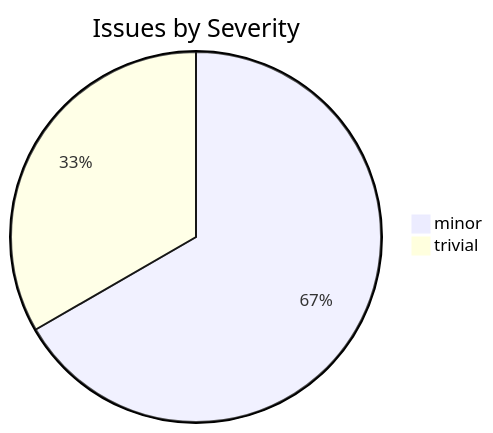
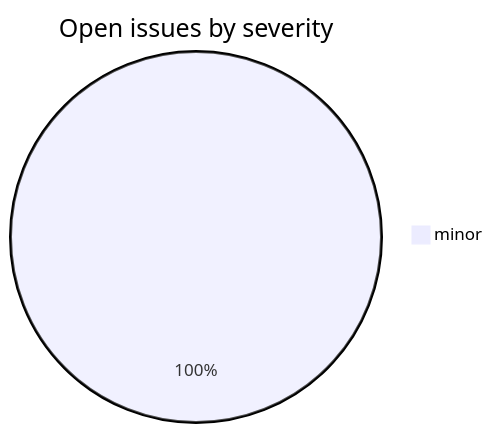
Before and after one commit to sanskrit-lexicon/csl-lnum: the second of 2 diagrams in README.md, drawn with Mermaid. The commit also changed other lines of this file, not shown here.

````diff
--- a/README.md
+++ b/README.md
@@ -26,5 +35,4 @@
 ```mermaid
-pie title Issues by Severity
-    "minor" : 2
-    "trivial" : 1
+pie title Open issues by severity
+    "minor" : 1
 ```
````
